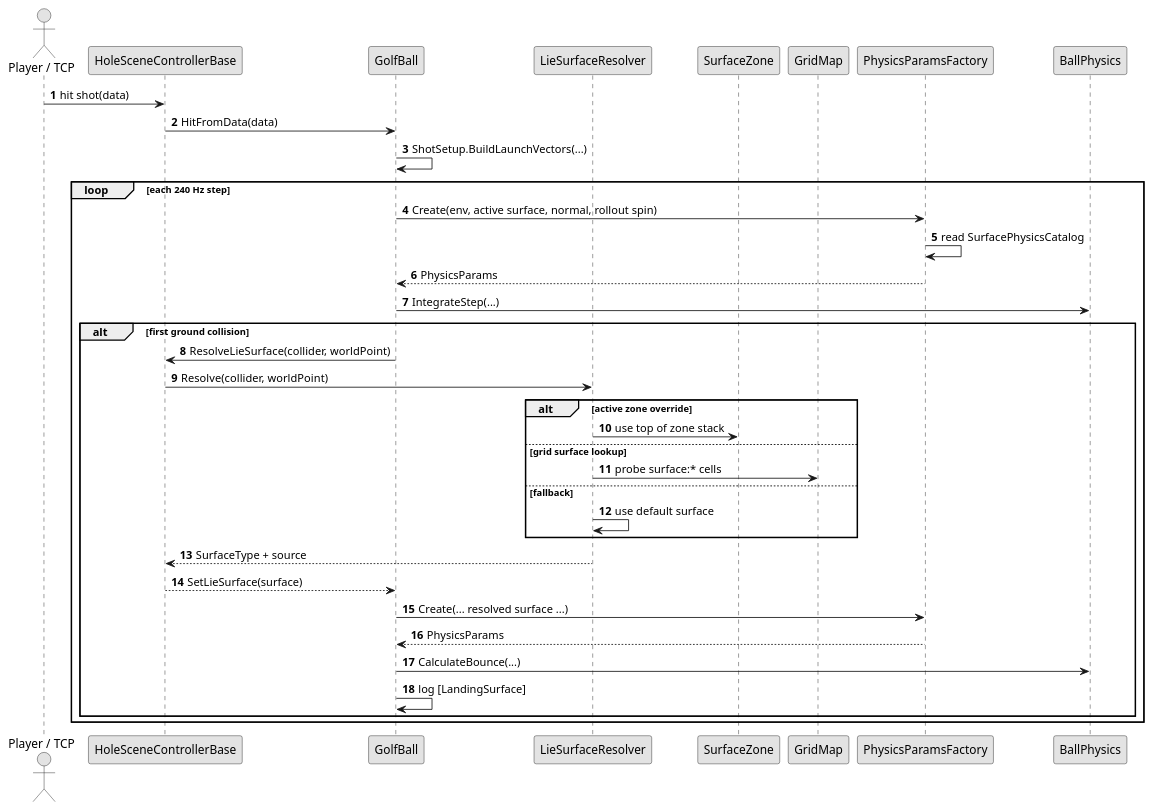
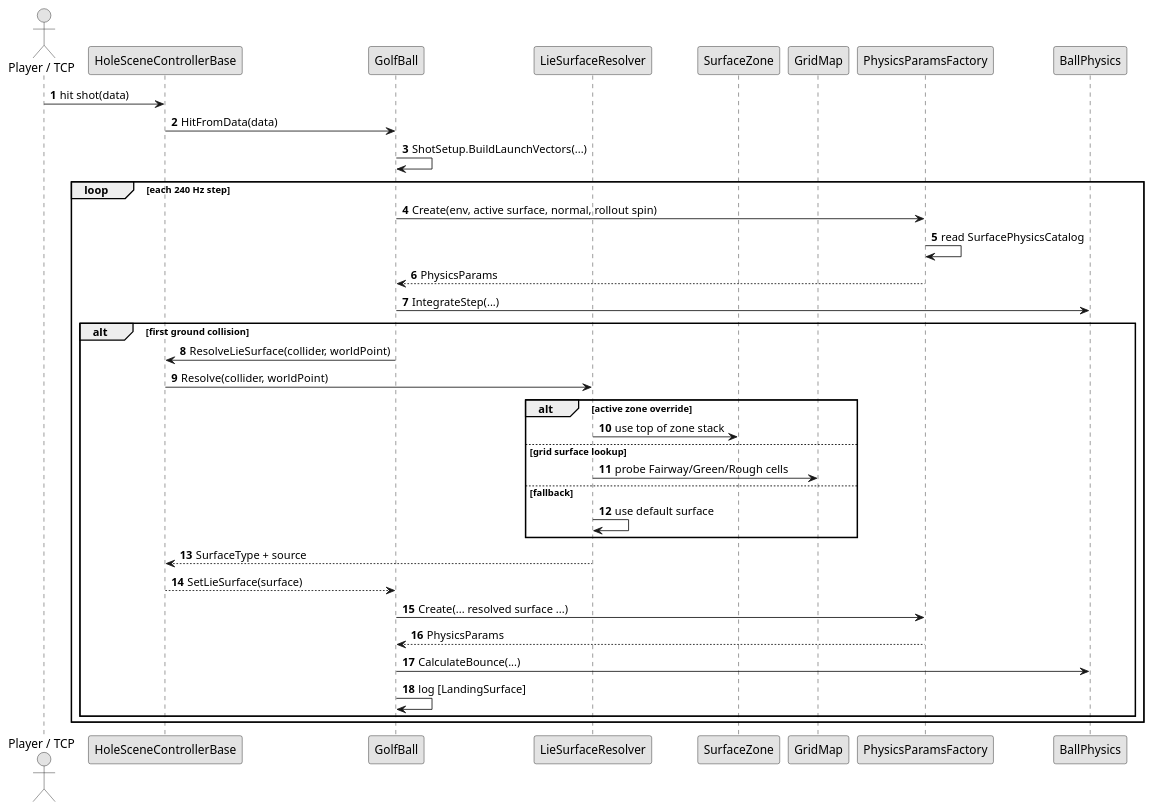
Before and after one commit to digitalhand/openfairway: the diagram in addons/openfairway/assets/diagrams/landing-surface-sequence.puml, drawn with PlantUML. The commit also changed 241 other files, not shown here.

```diff
--- a/addons/openfairway/assets/diagrams/landing-surface-sequence.puml
+++ b/addons/openfairway/assets/diagrams/landing-surface-sequence.puml
@@ -1,45 +1,45 @@
 @startuml
 skinparam monochrome true
 autonumber
 
 actor "Player / TCP" as Input
 participant "HoleSceneControllerBase" as Hole
 participant "GolfBall" as Ball
 participant "LieSurfaceResolver" as Resolver
 participant "SurfaceZone" as Zone
 participant "GridMap" as Grid
 participant "PhysicsParamsFactory" as Factory
 participant "BallPhysics" as Physics
 
 Input -> Hole : hit shot(data)
 Hole -> Ball : HitFromData(data)
 Ball -> Ball : ShotSetup.BuildLaunchVectors(...)
 
 loop each 240 Hz step
   Ball -> Factory : Create(env, active surface, normal, rollout spin)
   Factory -> Factory : read SurfacePhysicsCatalog
   Factory --> Ball : PhysicsParams
   Ball -> Physics : IntegrateStep(...)
 
   alt first ground collision
     Ball -> Hole : ResolveLieSurface(collider, worldPoint)
     Hole -> Resolver : Resolve(collider, worldPoint)
 
     alt active zone override
       Resolver -> Zone : use top of zone stack
     else grid surface lookup
-      Resolver -> Grid : probe surface:* cells
+      Resolver -> Grid : probe Fairway/Green/Rough cells
     else fallback
       Resolver -> Resolver : use default surface
     end
 
     Resolver --> Hole : SurfaceType + source
     Hole --> Ball : SetLieSurface(surface)
     Ball -> Factory : Create(... resolved surface ...)
     Factory --> Ball : PhysicsParams
     Ball -> Physics : CalculateBounce(...)
     Ball -> Ball : log [LandingSurface]
   end
 end
 
 @enduml
```
